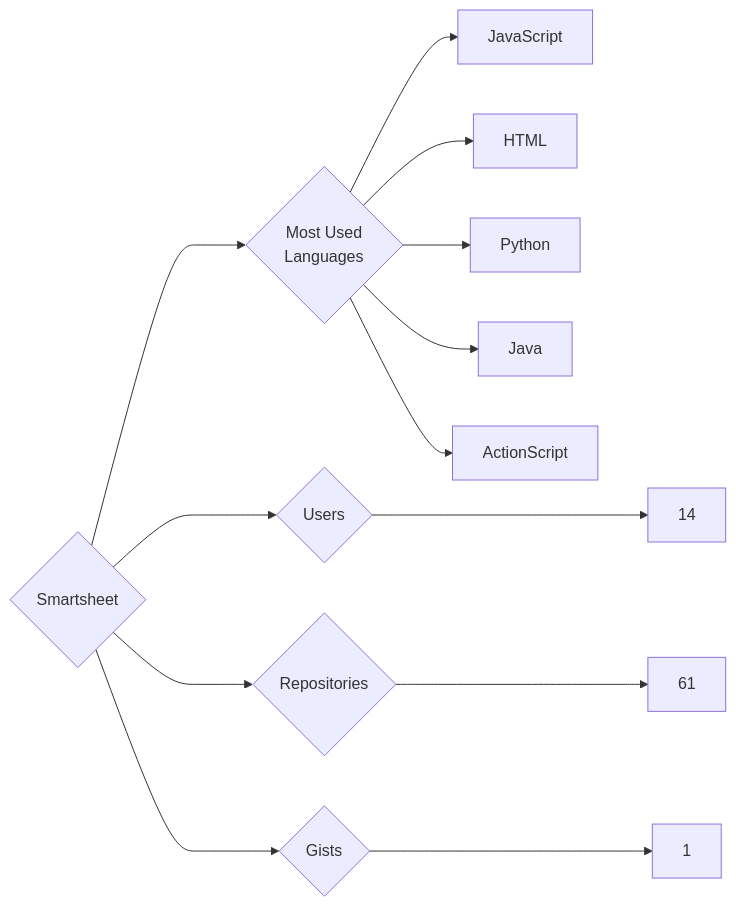
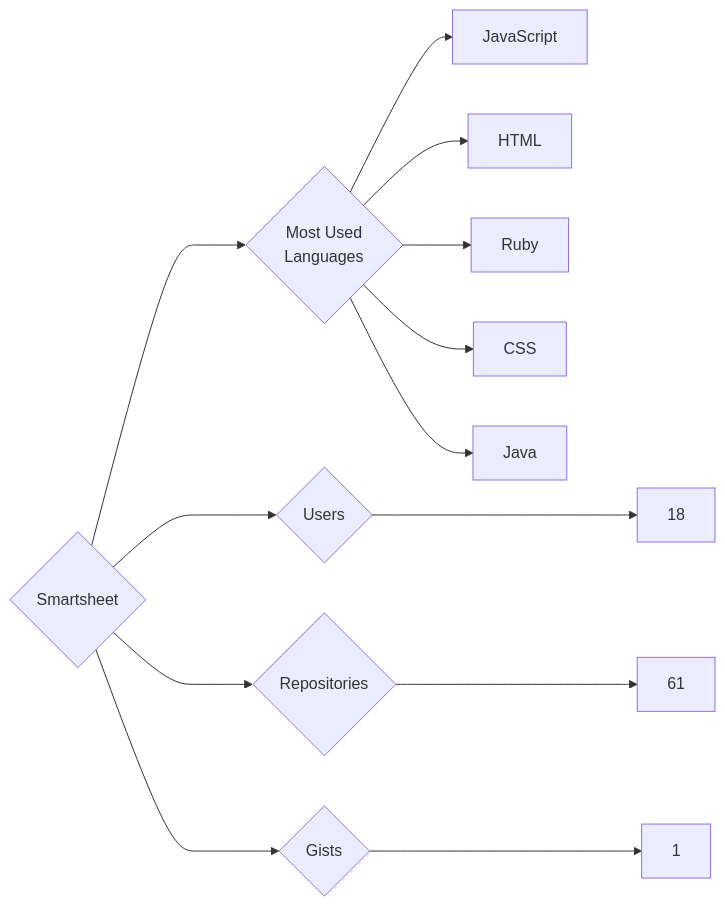
The diagram in targets/Smartsheet/README.md (trickest/insiders), drawn with Mermaid before and after one commit. The commit also changed 770 other files, not shown here.

````diff
--- a/targets/Smartsheet/README.md
+++ b/targets/Smartsheet/README.md
@@ -3,13 +3,13 @@
 ```mermaid
 graph LR
 COMPANY_NAME{Smartsheet}
-COMPANY_NAME ---> U{Users} ---> UN[14]
+COMPANY_NAME ---> U{Users} ---> UN[18]
 COMPANY_NAME ---> R{Repositories} ---> RN[61]
 COMPANY_NAME ---> G{Gists} ---> GN[1]
 COMPANY_NAME ---> ML{Most Used<br>Languages}
 ML --> JavaScript[JavaScript]
 ML --> HTML[HTML]
-ML --> Python[Python]
+ML --> Ruby[Ruby]
+ML --> CSS[CSS]
 ML --> Java[Java]
-ML --> ActionScript[ActionScript]
 ```
````
